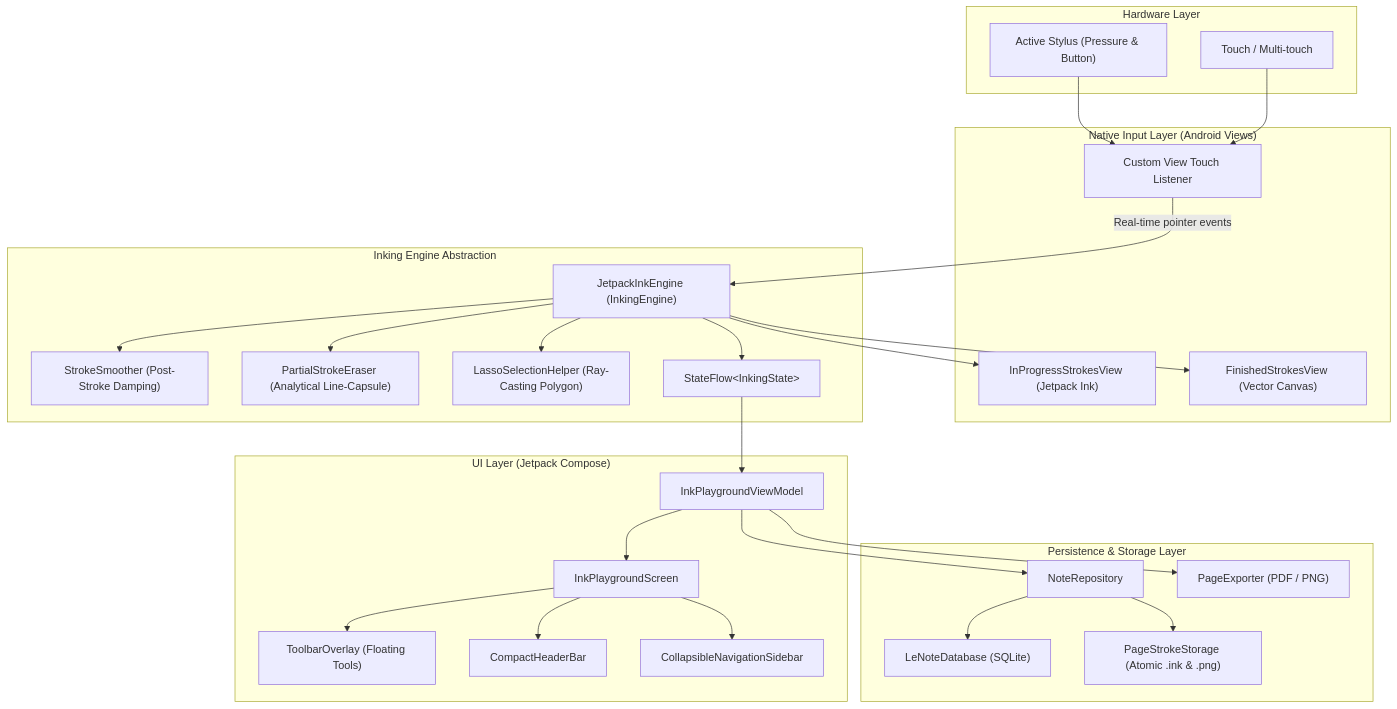
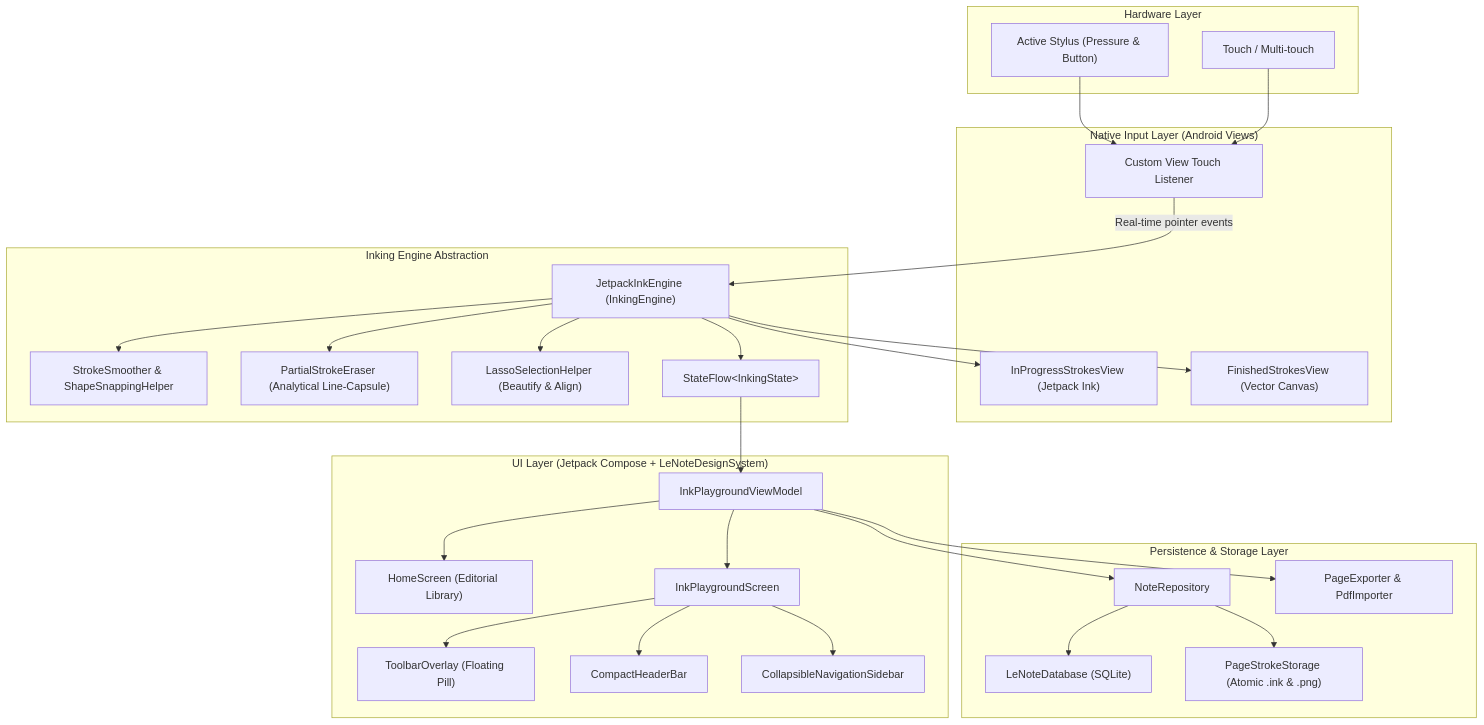
Before and after one commit to LirielC/LeNote: the diagram in README.md, drawn with Mermaid. The commit also changed other lines of this file and 20 other files, not shown here.

Commit message:
feat(ui): redesign LeNote with Warm Paper & Editorial Ink design system and white ink support

````diff
--- a/README.md
+++ b/README.md
@@ -126,59 +148,61 @@
 ```mermaid
 flowchart TD
     subgraph Hardware ["Hardware Layer"]
         Stylus["Active Stylus (Pressure & Button)"]
         Finger["Touch / Multi-touch"]
     end
 
     subgraph NativeInput ["Native Input Layer (Android Views)"]
         TouchRouter["Custom View Touch Listener"]
         InProgressView["InProgressStrokesView (Jetpack Ink)"]
         FinishedView["FinishedStrokesView (Vector Canvas)"]
     end
 
     subgraph CoreEngine ["Inking Engine Abstraction"]
         Engine["JetpackInkEngine (InkingEngine)"]
-        Smoother["StrokeSmoother (Post-Stroke Damping)"]
+        Smoother["StrokeSmoother & ShapeSnappingHelper"]
         Eraser["PartialStrokeEraser (Analytical Line-Capsule)"]
-        Lasso["LassoSelectionHelper (Ray-Casting Polygon)"]
+        Lasso["LassoSelectionHelper (Beautify & Align)"]
         EngineState["StateFlow&lt;InkingState&gt;"]
     end
 
-    subgraph Presentation ["UI Layer (Jetpack Compose)"]
+    subgraph Presentation ["UI Layer (Jetpack Compose + LeNoteDesignSystem)"]
+        Home["HomeScreen (Editorial Library)"]
         Screen["InkPlaygroundScreen"]
-        Toolbar["ToolbarOverlay (Floating Tools)"]
+        Toolbar["ToolbarOverlay (Floating Pill)"]
         Header["CompactHeaderBar"]
         Sidebar["CollapsibleNavigationSidebar"]
         ViewModel["InkPlaygroundViewModel"]
     end
 
     subgraph DataLayer ["Persistence & Storage Layer"]
         Repo["NoteRepository"]
         DB["LeNoteDatabase (SQLite)"]
         Disk["PageStrokeStorage (Atomic .ink & .png)"]
-        Exporter["PageExporter (PDF / PNG)"]
+        Exporter["PageExporter & PdfImporter"]
     end
 
     Stylus --> TouchRouter
     Finger --> TouchRouter
 
     TouchRouter -->|Real-time pointer events| Engine
     Engine --> InProgressView
     Engine --> FinishedView
 
     Engine --> Smoother
     Engine --> Eraser
     Engine --> Lasso
     Engine --> EngineState
 
     EngineState --> ViewModel
+    ViewModel --> Home
     ViewModel --> Screen
     Screen --> Toolbar
     Screen --> Header
     Screen --> Sidebar
 
     ViewModel --> Repo
     Repo --> DB
     Repo --> Disk
     ViewModel --> Exporter
 ```
````
